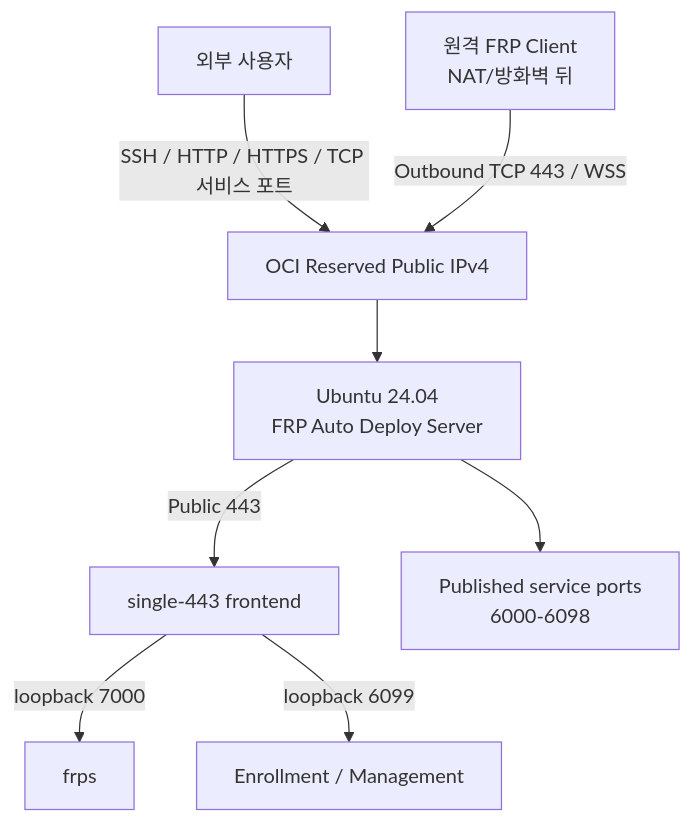
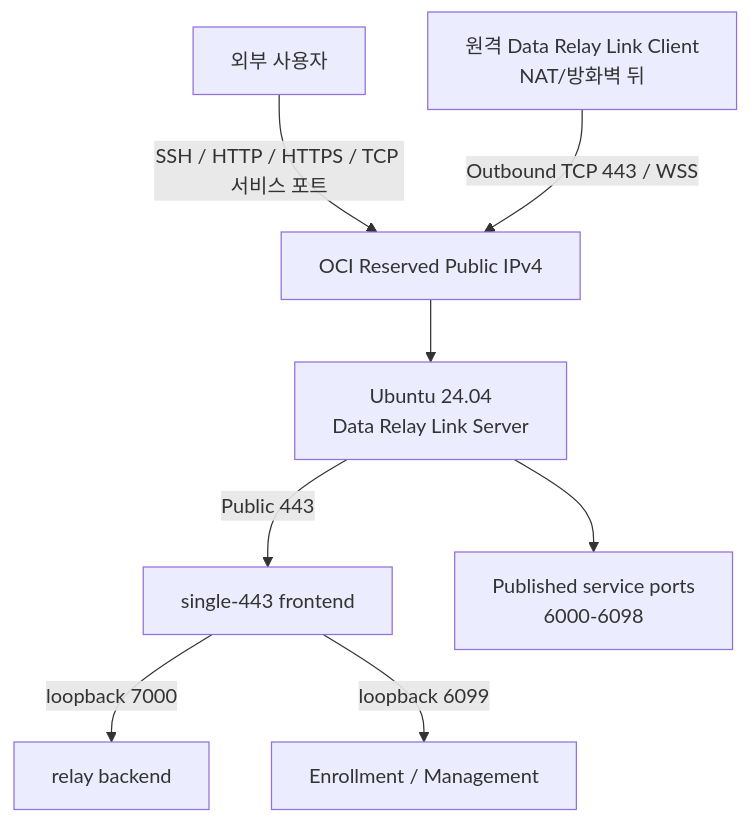
The diagram in ko/getting-started/oci-free-tier-server.mdx (datarelay-labs/data-relay-link-docs), drawn with Mermaid before and after one commit. The commit also changed other lines of this file and 32 other files, not shown here.

````diff
--- a/ko/getting-started/oci-free-tier-server.mdx
+++ b/ko/getting-started/oci-free-tier-server.mdx
@@ -27,10 +27,10 @@
 ```mermaid
 flowchart TD
     U[외부 사용자] -->|SSH / HTTP / HTTPS / TCP 서비스 포트| PUB[OCI Reserved Public IPv4]
-    C[원격 FRP Client\nNAT/방화벽 뒤] -->|Outbound TCP 443 / WSS| PUB
-    PUB --> VM[Ubuntu 24.04\nFRP Auto Deploy Server]
+    C[원격 Data Relay Link Client\nNAT/방화벽 뒤] -->|Outbound TCP 443 / WSS| PUB
+    PUB --> VM[Ubuntu 24.04\nData Relay Link Server]
     VM -->|Public 443| FE[single-443 frontend]
-    FE -->|loopback 7000| FRPS[frps]
+    FE -->|loopback 7000| S[relay backend]
     FE -->|loopback 6099| ENR[Enrollment / Management]
     VM --> PORTS[Published service ports\n6000-6098]
 ```
````
